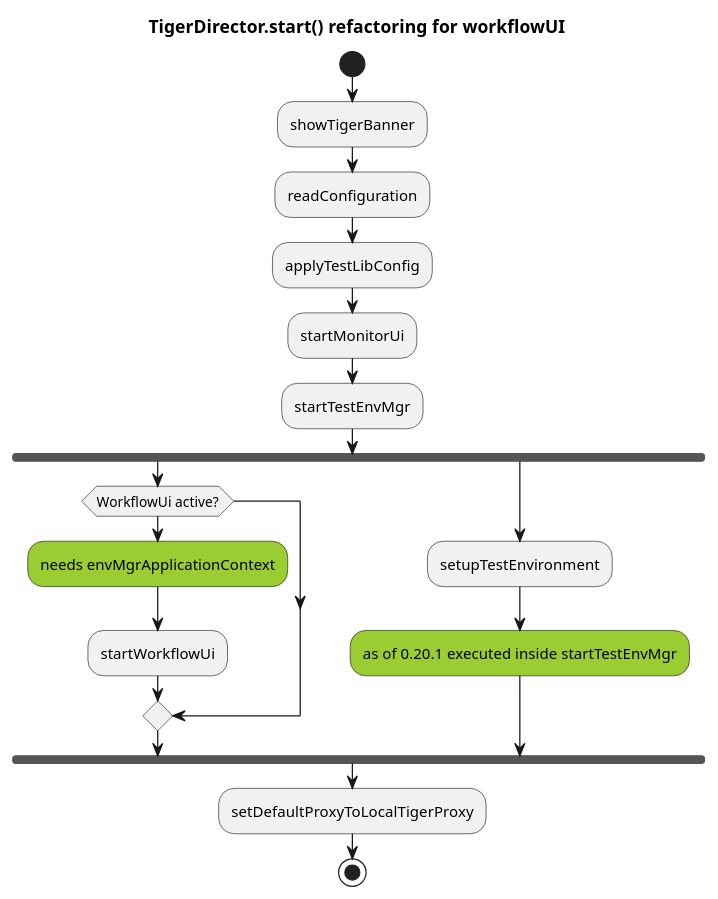
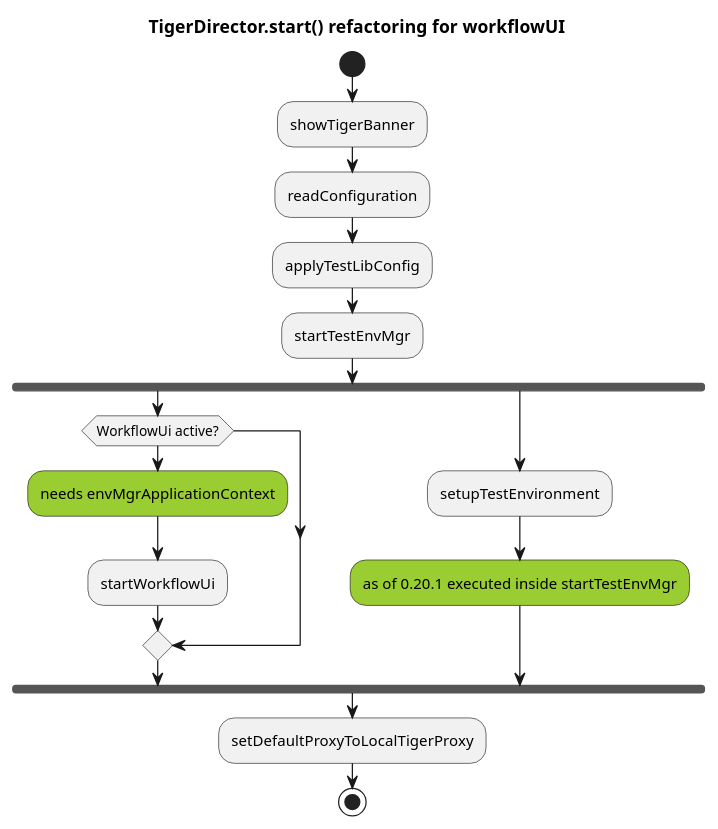
Before and after one commit to gematik/app-Tiger: the diagram in doc/specification/tiger-workflowui-startup.puml, drawn with PlantUML. The commit also changed 86 other files, not shown here.

```diff
--- a/doc/specification/tiger-workflowui-startup.puml
+++ b/doc/specification/tiger-workflowui-startup.puml
@@ -1,25 +1,24 @@
 @startuml
 
 title: TigerDirector.start() refactoring for workflowUI
 
 start
 
 :showTigerBanner;
 :readConfiguration;
 :applyTestLibConfig;
-:startMonitorUi;
 :startTestEnvMgr;
 fork
 if (WorkflowUi active?) then
     #yellowgreen:needs envMgrApplicationContext;
     :startWorkflowUi;
 endif
 fork again
 :setupTestEnvironment;
 #yellowgreen:as of 0.20.1 executed inside startTestEnvMgr;
 end fork
 
 :setDefaultProxyToLocalTigerProxy;
 stop
 
 @enduml
```
